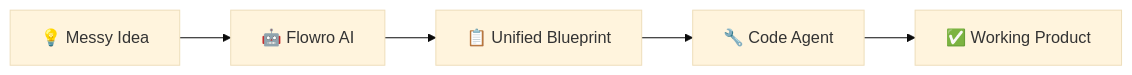
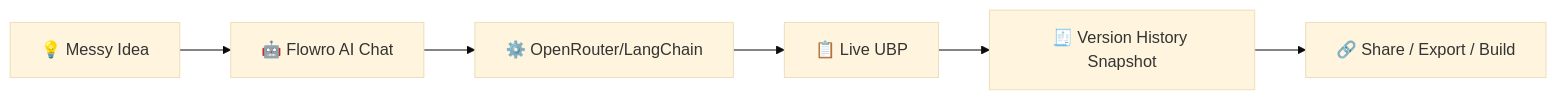
One commit to KhalidD0nc/Flowro-PM changed the diagram in README.md. Above: the diagram before and after it, drawn with Mermaid (base theme). The commit also changed other lines of this file, not shown here.

````diff
--- a/README.md
+++ b/README.md
@@ -126,7 +129,8 @@
 ```mermaid
 flowchart LR
-    A[💡 Messy Idea] --> B[🤖 Flowro AI]
-    B --> C[📋 Unified Blueprint]
-    C --> D[🔧 Code Agent]
-    D --> E[✅ Working Product]
+    A[💡 Messy Idea] --> B[🤖 Flowro AI Chat]
+    B --> C[⚙️ OpenRouter/LangChain]
+    C --> D[📋 Live UBP]
+    D --> E[🧾 Version History Snapshot]
+    E --> F[🔗 Share / Export / Build]
 ```
````
